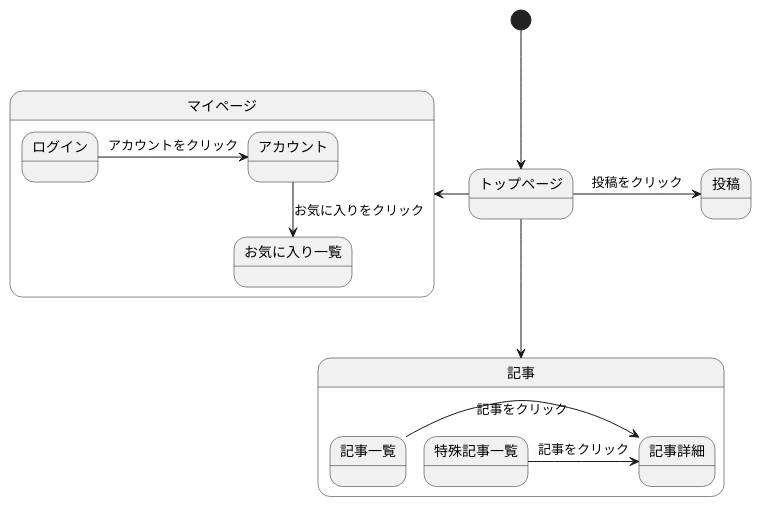
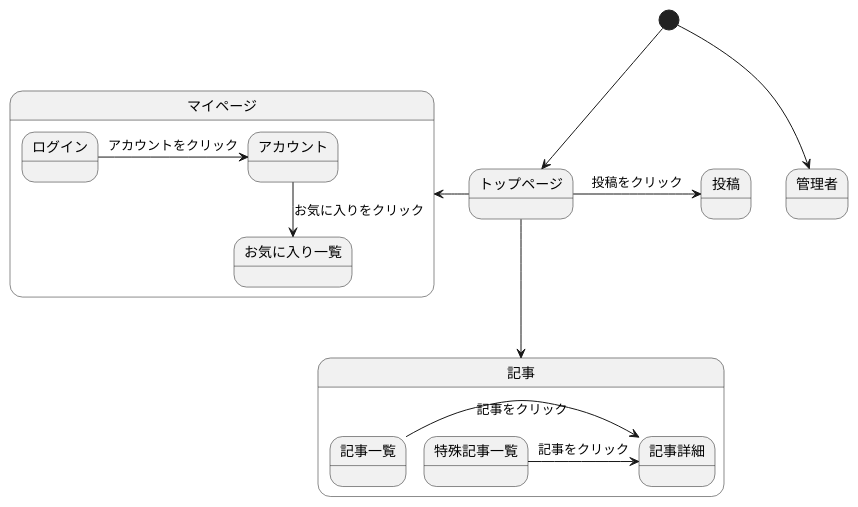
The diagram in 後期画面遷移.md (Aso2001001/2022System), drawn with PlantUML before and after one commit.

````diff
--- a/後期画面遷移.md
+++ b/後期画面遷移.md
@@ -1,32 +1,25 @@
 ```uml
 @startuml
 [*] --> トップページ
 
 state 記事{
 記事一覧 -> 記事詳細 : 記事をクリック
 特殊記事一覧 -> 記事詳細 : 記事をクリック
 }
 
 state マイページ{
 ログイン -> アカウント : アカウントをクリック
 アカウント -down-> お気に入り一覧 : お気に入りをクリック
 }
 
 トップページ -down-> 記事
 トップページ -left-> マイページ
-
-
-
-
 トップページ -> 投稿 : 投稿をクリック
 
 
-
-
-
-
+[*] --> 管理者
 
 
 
 @enduml
 ```
````
